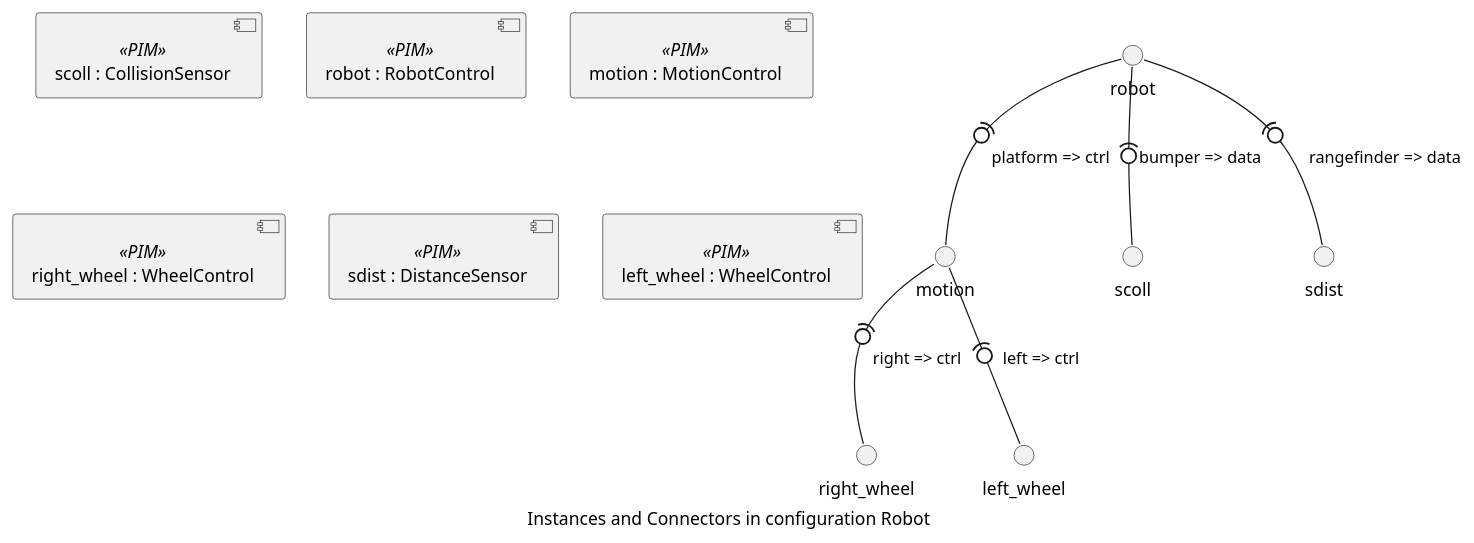
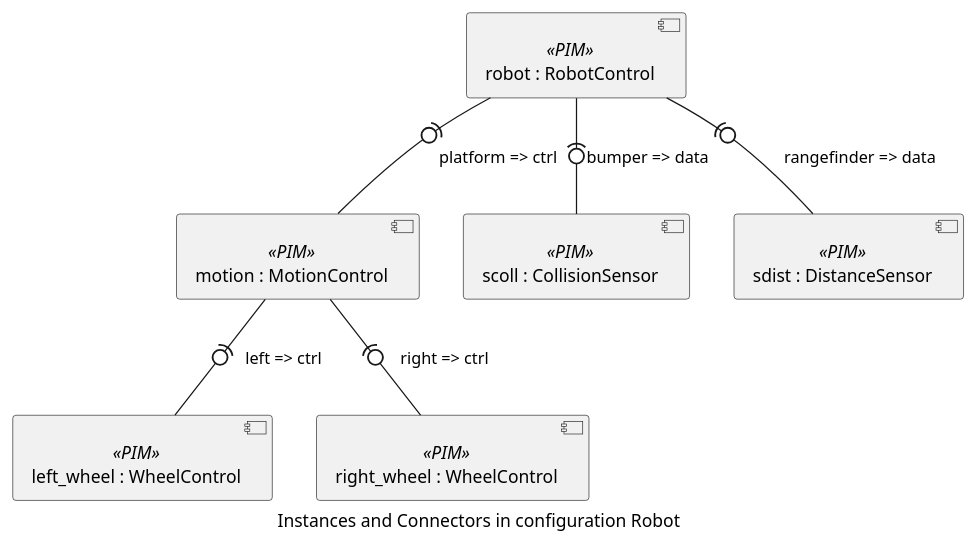
The diagram in doc/examples/thingml-gen/uml/Robot/Robot/docs/Robot.plantuml (TelluIoT/ThingML), drawn with PlantUML before and after one commit. The commit also changed 10 other files, not shown here.

```diff
--- a/doc/examples/thingml-gen/uml/Robot/Robot/docs/Robot.plantuml
+++ b/doc/examples/thingml-gen/uml/Robot/Robot/docs/Robot.plantuml
@@ -1,14 +1,14 @@
 @startuml
 caption Instances and Connectors in configuration Robot
+component [motion : MotionControl]<<PIM>>
+component [robot : RobotControl]<<PIM>>
+component [left_wheel : WheelControl]<<PIM>>
 component [scoll : CollisionSensor]<<PIM>>
-component [robot : RobotControl]<<PIM>>
-component [motion : MotionControl]<<PIM>>
+component [sdist : DistanceSensor]<<PIM>>
 component [right_wheel : WheelControl]<<PIM>>
-component [sdist : DistanceSensor]<<PIM>>
-component [left_wheel : WheelControl]<<PIM>>
-motion -(0- right_wheel : right => ctrl
-motion -(0- left_wheel : left => ctrl
-robot -(0- scoll : bumper => data
-robot -(0- sdist : rangefinder => data
-robot -(0- motion : platform => ctrl
+[robot : RobotControl] -(0- [scoll : CollisionSensor] : bumper => data
+[motion : MotionControl] -(0- [right_wheel : WheelControl] : right => ctrl
+[robot : RobotControl] -(0- [sdist : DistanceSensor] : rangefinder => data
+[robot : RobotControl] -(0- [motion : MotionControl] : platform => ctrl
+[motion : MotionControl] -(0- [left_wheel : WheelControl] : left => ctrl
 @enduml
```
